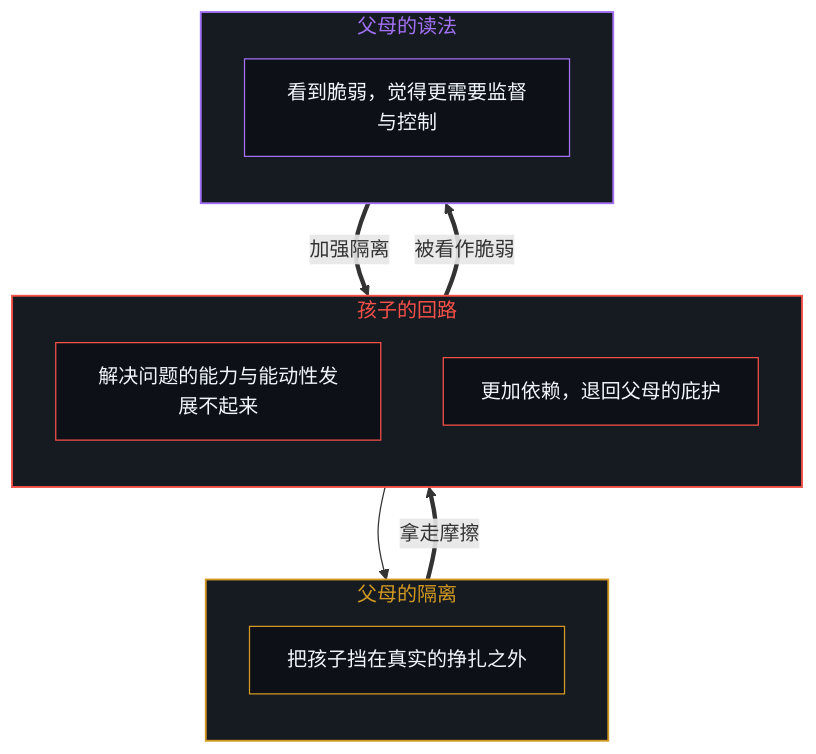
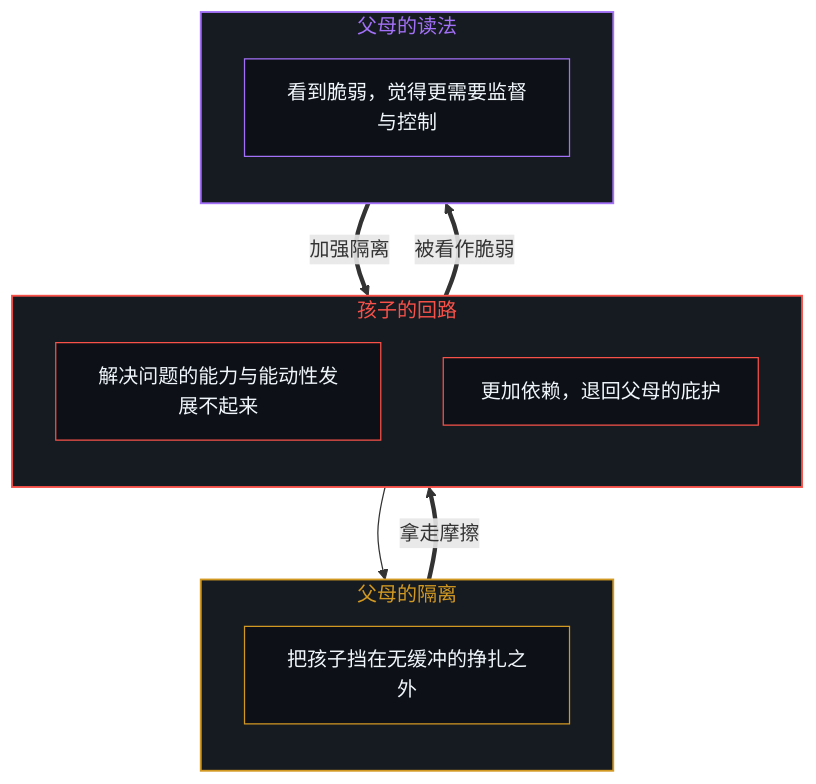
Before and after one commit to powerpig99/not-a-toe: the first of 2 diagrams in content/posts/the-fallacy-of-post-success-parenting.md, drawn with Mermaid. The commit also changed other lines of this file and 10 other files, not shown here.

````diff
--- a/content/posts/the-fallacy-of-post-success-parenting.md
+++ b/content/posts/the-fallacy-of-post-success-parenting.md
@@ -53,27 +53,27 @@
 ```mermaid
 flowchart TD
     subgraph S_Insulate["父母的隔离"]
         direction TB
-        P1["把孩子挡在真实的挣扎之外"]
+        P1["把孩子挡在无缓冲的挣扎之外"]
     end
     subgraph S_Child["孩子的回路"]
         direction TB
         C1["解决问题的能力与能动性发展不起来"]
         C2["更加依赖，退回父母的庇护"]
     end
     subgraph S_Parent["父母的读法"]
         direction TB
         R1["看到脆弱，觉得更需要监督与控制"]
     end
     P1 ==>|"拿走摩擦"| C1
     C1 ==>|"被看作脆弱"| R1
     R1 ==>|"加强隔离"| C2
     C2 --> P1
     style S_Insulate fill:#161b22,stroke:#d29922,stroke-width:1.5px,color:#d29922
     style S_Child fill:#161b22,stroke:#f85149,stroke-width:1.5px,color:#f85149
     style S_Parent fill:#161b22,stroke:#a371f7,stroke-width:1.5px,color:#a371f7
     style P1 fill:#0d1117,stroke:#d29922,stroke-width:1px,color:#f0f6fc
     style C1 fill:#0d1117,stroke:#f85149,stroke-width:1px,color:#f0f6fc
     style C2 fill:#0d1117,stroke:#f85149,stroke-width:1px,color:#f0f6fc
     style R1 fill:#0d1117,stroke:#a371f7,stroke-width:1px,color:#f0f6fc
 ```
````
